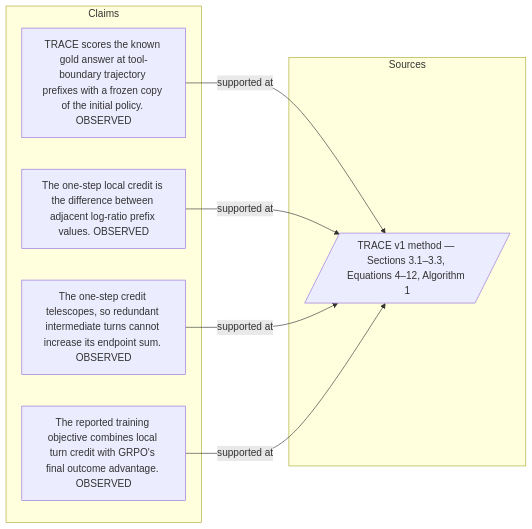
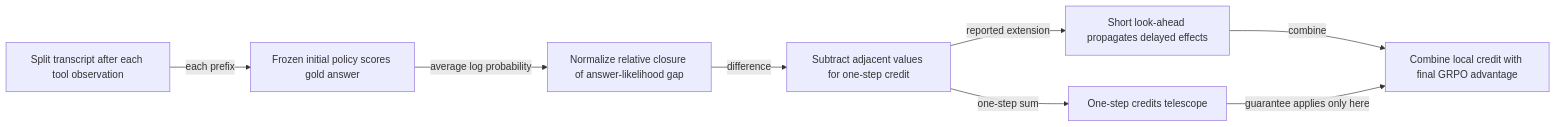
Before and after one commit to Betancourt1/paper_atlas: diagram 13 of 48 in docs/visual-manifests/VISUAL_MANIFEST_TRACE.md, drawn with Mermaid. The commit also changed other lines of this file and 7 other files, not shown here.

````diff
--- a/docs/visual-manifests/VISUAL_MANIFEST_TRACE.md
+++ b/docs/visual-manifests/VISUAL_MANIFEST_TRACE.md
@@ -1097,16 +993,17 @@
 ```mermaid
 flowchart LR
-  subgraph Claims
-  c1["TRACE scores the known gold answer at tool-boundary trajectory prefixes with a frozen copy of the initial policy. OBSERVED"]
-  c2["The one-step local credit is the difference between adjacent log-ratio prefix values. OBSERVED"]
-  c3["The one-step credit telescopes, so redundant intermediate turns cannot increase its endpoint sum. OBSERVED"]
-  c4["The reported training objective combines local turn credit with GRPO's final outcome advantage. OBSERVED"]
-  end
-  subgraph Sources
-  s1[/"TRACE v1 method — Sections 3.1–3.3, Equations 4–12, Algorithm 1"/]
-  end
-  c1 -->|"supported at"| s1
-  c2 -->|"supported at"| s1
-  c3 -->|"supported at"| s1
-  c4 -->|"supported at"| s1
+  prefix["Split transcript after each tool observation"]
+  probe["Frozen initial policy scores gold answer"]
+  value["Normalize relative closure of answer-likelihood gap"]
+  td["Subtract adjacent values for one-step credit"]
+  telescope["One-step credits telescope"]
+  prop["Short look-ahead propagates delayed effects"]
+  outcome["Combine local credit with final GRPO advantage"]
+  prefix -->|"each prefix"| probe
+  probe -->|"average log probability"| value
+  value -->|"difference"| td
+  td -->|"one-step sum"| telescope
+  td -->|"reported extension"| prop
+  prop -->|"combine"| outcome
+  telescope -->|"guarantee applies only here"| outcome
 ```
````
